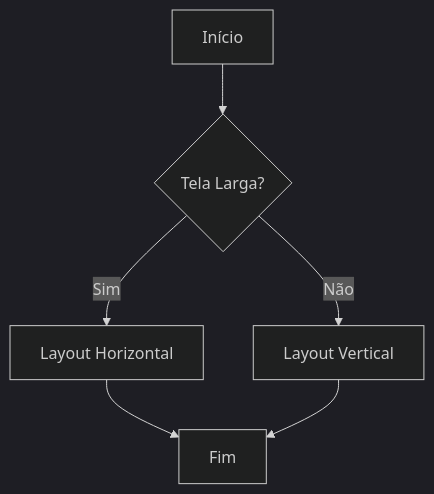
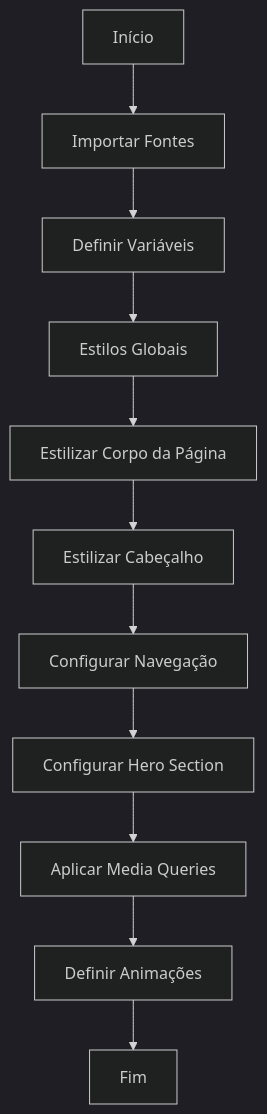
Before and after one commit to Dotter-Brasil/modelo-ci-cd-versionamento: the second of 2 diagrams in documentacao/documentacao_bruta_style.css.md, drawn with Mermaid (dark theme). The commit also changed other lines of this file and 11 other files, not shown here.

````diff
--- a/documentacao/documentacao_bruta_style.css.md
+++ b/documentacao/documentacao_bruta_style.css.md
@@ -180,8 +198,13 @@
 ```mermaid
 flowchart TD
-    A[Início] --> B{Tela Larga?}
-    B -->|Sim| C[Layout Horizontal]
-    B -->|Não| D[Layout Vertical]
-    C --> E[Fim]
-    D --> E
+    A[Início] --> B[Importar Fontes]
+    B --> C[Definir Variáveis]
+    C --> D[Estilos Globais]
+    D --> E[Estilizar Corpo da Página]
+    E --> F[Estilizar Cabeçalho]
+    F --> G[Configurar Navegação]
+    G --> H[Configurar Hero Section]
+    H --> I[Aplicar Media Queries]
+    I --> J[Definir Animações]
+    J --> K[Fim]
 ```
````
